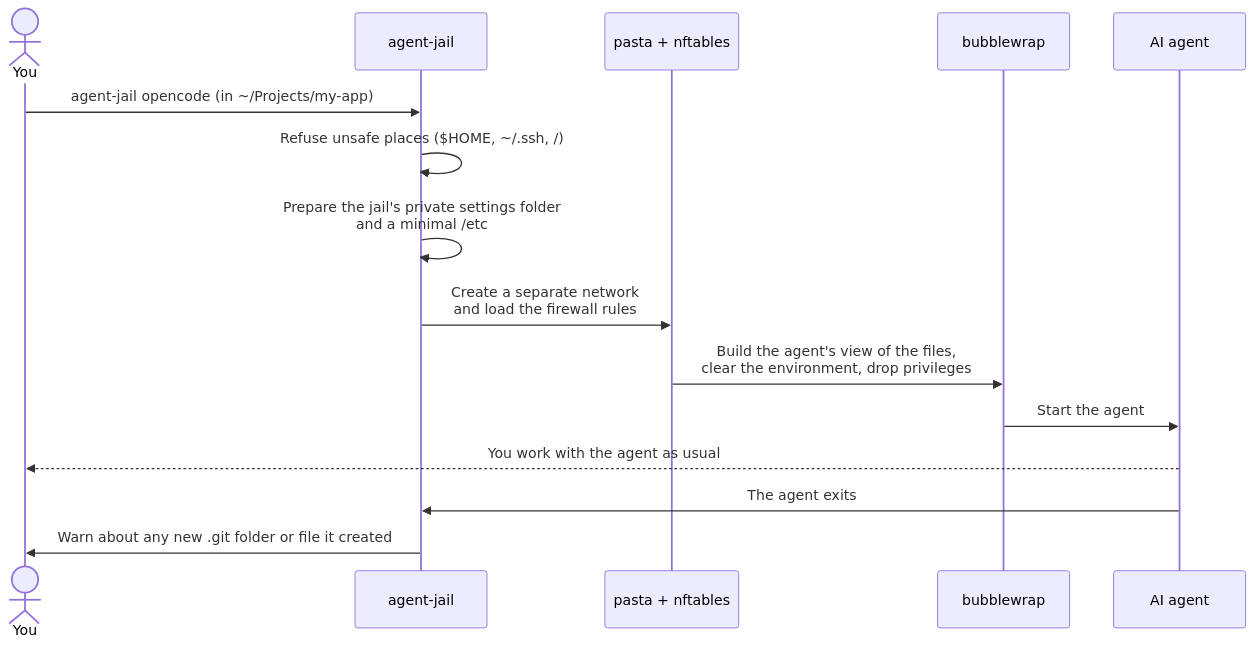
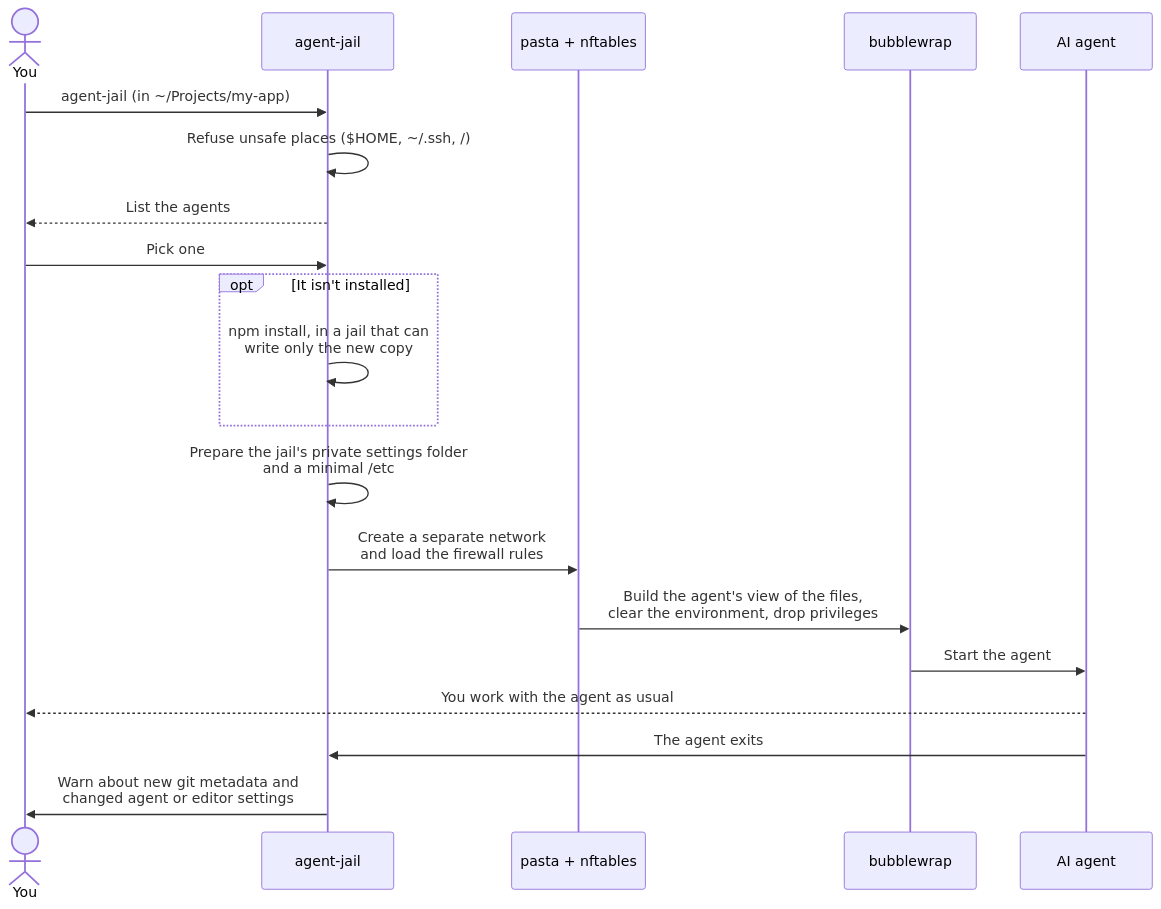
One commit to jackbelmore/agent-jail changed the third of 4 diagrams in README.md. Above: the diagram before and after it, drawn with Mermaid. The commit also changed other lines of this file and 3 other files, not shown here.

````diff
--- a/README.md
+++ b/README.md
@@ -92,17 +175,22 @@
 ```mermaid
 sequenceDiagram
     actor You
     participant AJ as agent-jail
     participant N as pasta + nftables
     participant B as bubblewrap
     participant A as AI agent
-    You->>AJ: agent-jail opencode (in ~/Projects/my-app)
+    You->>AJ: agent-jail (in ~/Projects/my-app)
     AJ->>AJ: Refuse unsafe places ($HOME, ~/.ssh, /)
+    AJ-->>You: List the agents
+    You->>AJ: Pick one
+    opt It isn't installed
+        AJ->>AJ: npm install, in a jail that can<br/>write only the new copy
+    end
     AJ->>AJ: Prepare the jail's private settings folder<br/>and a minimal /etc
     AJ->>N: Create a separate network<br/>and load the firewall rules
     N->>B: Build the agent's view of the files,<br/>clear the environment, drop privileges
     B->>A: Start the agent
     A-->>You: You work with the agent as usual
     A->>AJ: The agent exits
-    AJ->>You: Warn about any new .git folder or file it created
+    AJ->>You: Warn about new git metadata and<br/>changed agent or editor settings
 ```
````
